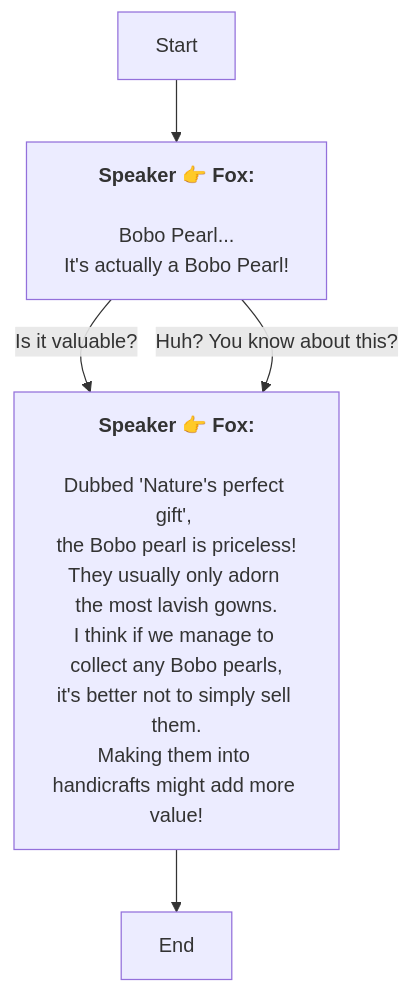
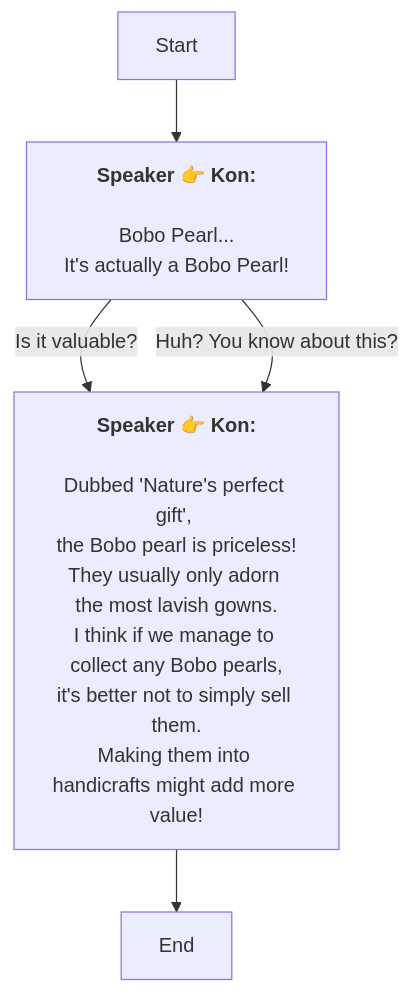
One commit to SoftHu/tos_avg changed the diagram in En/AddDialogNode_1739685449430269.md. Above: the diagram before and after it, drawn with Mermaid. The commit also changed 730 other files, not shown here.

````diff
--- a/En/AddDialogNode_1739685449430269.md
+++ b/En/AddDialogNode_1739685449430269.md
@@ -1,20 +1,20 @@
 ```mermaid
 graph
-Start -->1739686357522688[<b>Speaker 👉 Fox:</b>
+Start -->1739686357522688[<b>Speaker 👉 Kon:</b>
 \nBobo Pearl... 
 It's actually a Bobo Pearl!]
-1739686357522688 -->|Is it valuable?|1739687931096326[<b>Speaker 👉 Fox:</b>
+1739686357522688 -->|Is it valuable?|1739687931096326[<b>Speaker 👉 Kon:</b>
 \nDubbed 'Nature's perfect gift', 
 the Bobo pearl is priceless!
 They usually only adorn the most lavish gowns.\nI think if we manage to collect any Bobo pearls,
 it's better not to simply sell them.
 Making them into handicrafts might add more value!]
-1739686357522688 -->|Huh? You know about this?|1739687931096326[<b>Speaker 👉 Fox:</b>
+1739686357522688 -->|Huh? You know about this?|1739687931096326[<b>Speaker 👉 Kon:</b>
 \nDubbed 'Nature's perfect gift', 
 the Bobo pearl is priceless!
 They usually only adorn the most lavish gowns.\nI think if we manage to collect any Bobo pearls,
 it's better not to simply sell them.
 Making them into handicrafts might add more value!]
 1739687931096326 -->1739688331585799[End]
 
 ```
````
